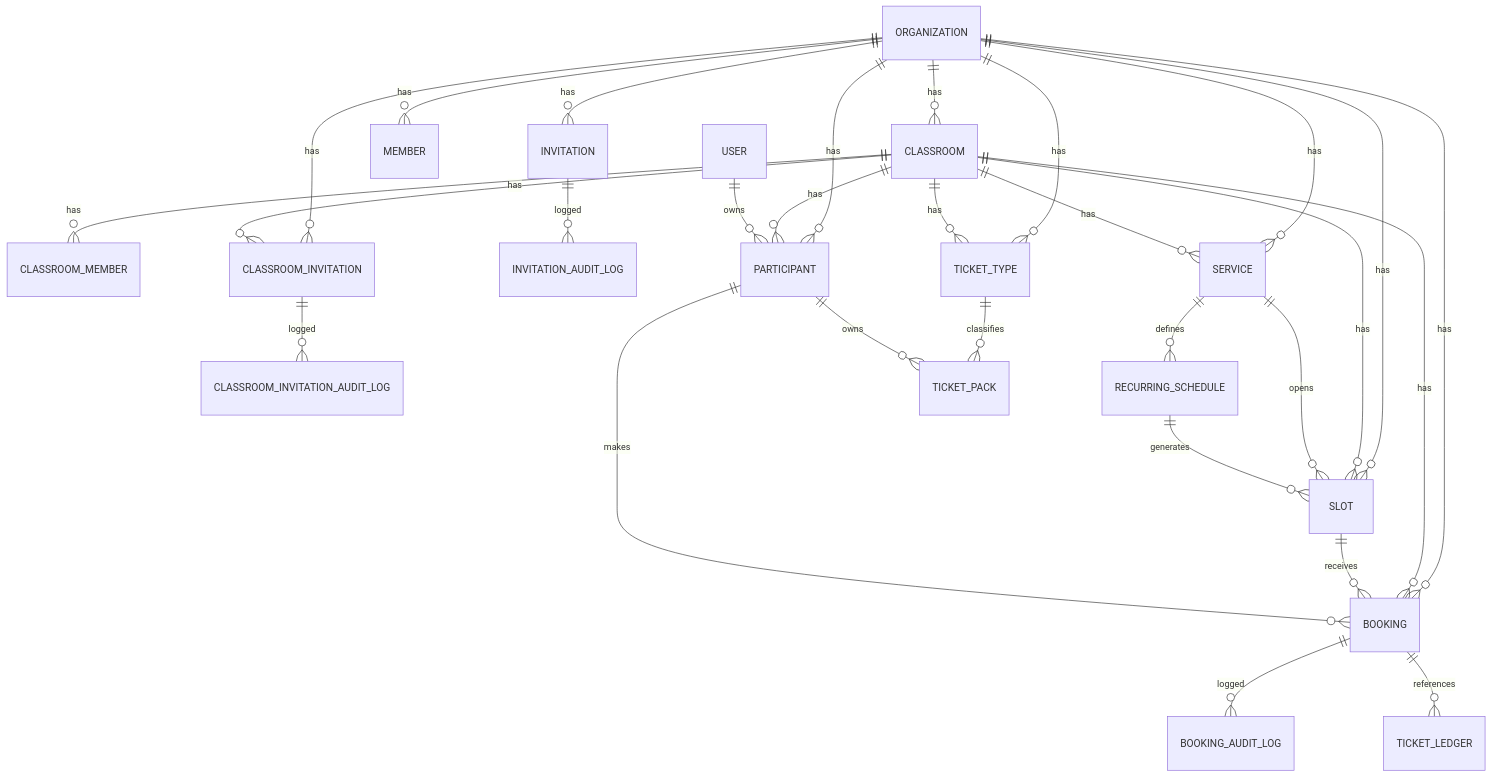
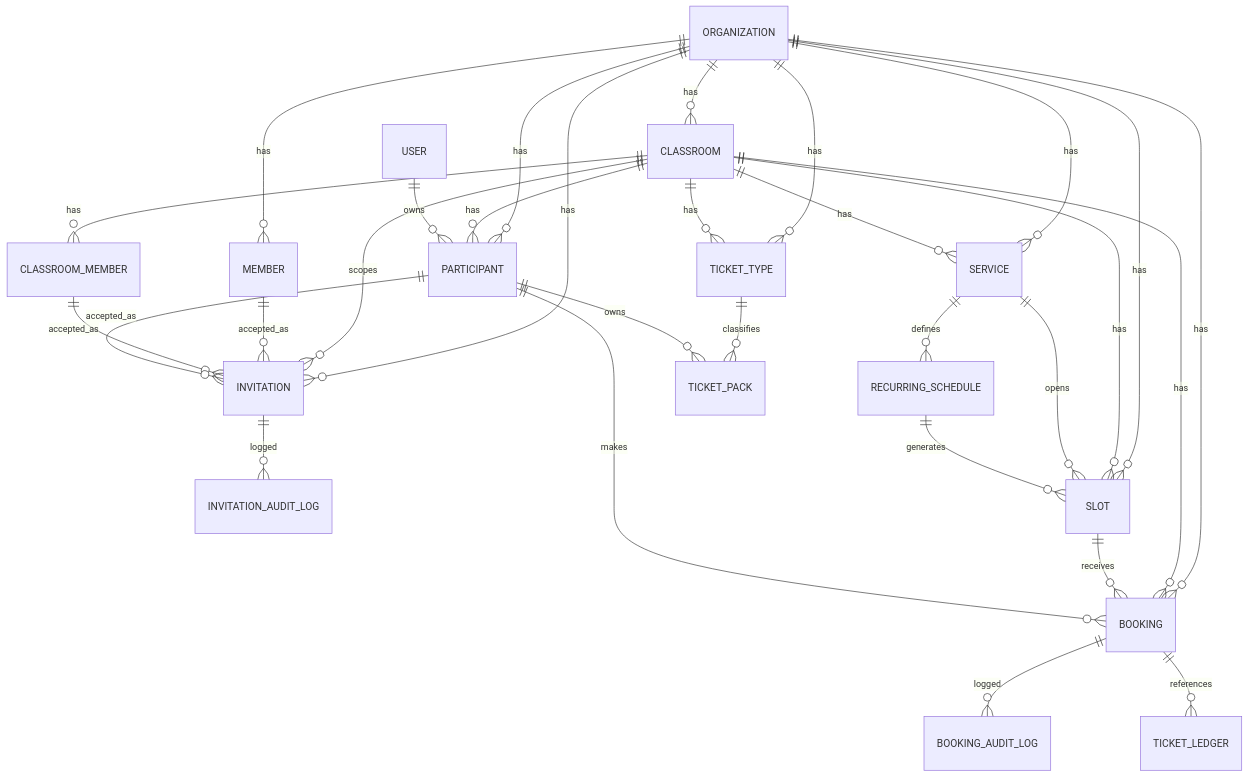
One commit to yuu19/reserve-app changed the diagram in docs/database-er.md. Above: the diagram before and after it, drawn with Mermaid. The commit also changed other lines of this file and 3 other files, not shown here.

Commit message:
docs: sync auth and invitation architecture

````diff
--- a/docs/database-er.md
+++ b/docs/database-er.md
@@ -64,38 +80,38 @@
 ```mermaid
 erDiagram
   ORGANIZATION ||--o{ CLASSROOM : has
   ORGANIZATION ||--o{ MEMBER : has
   CLASSROOM ||--o{ CLASSROOM_MEMBER : has
 
   ORGANIZATION ||--o{ PARTICIPANT : has
   CLASSROOM ||--o{ PARTICIPANT : has
   USER ||--o{ PARTICIPANT : owns
 
   ORGANIZATION ||--o{ INVITATION : has
+  CLASSROOM ||--o{ INVITATION : scopes
+  MEMBER ||--o{ INVITATION : accepted_as
+  CLASSROOM_MEMBER ||--o{ INVITATION : accepted_as
+  PARTICIPANT ||--o{ INVITATION : accepted_as
   INVITATION ||--o{ INVITATION_AUDIT_LOG : logged
-
-  ORGANIZATION ||--o{ CLASSROOM_INVITATION : has
-  CLASSROOM ||--o{ CLASSROOM_INVITATION : has
-  CLASSROOM_INVITATION ||--o{ CLASSROOM_INVITATION_AUDIT_LOG : logged
 
   ORGANIZATION ||--o{ SERVICE : has
   CLASSROOM ||--o{ SERVICE : has
   SERVICE ||--o{ RECURRING_SCHEDULE : defines
 
   ORGANIZATION ||--o{ SLOT : has
   CLASSROOM ||--o{ SLOT : has
   SERVICE ||--o{ SLOT : opens
   RECURRING_SCHEDULE ||--o{ SLOT : generates
 
   ORGANIZATION ||--o{ BOOKING : has
   CLASSROOM ||--o{ BOOKING : has
   SLOT ||--o{ BOOKING : receives
   PARTICIPANT ||--o{ BOOKING : makes
   BOOKING ||--o{ BOOKING_AUDIT_LOG : logged
 
   ORGANIZATION ||--o{ TICKET_TYPE : has
   CLASSROOM ||--o{ TICKET_TYPE : has
   TICKET_TYPE ||--o{ TICKET_PACK : classifies
   PARTICIPANT ||--o{ TICKET_PACK : owns
   BOOKING ||--o{ TICKET_LEDGER : references
 ```
````
